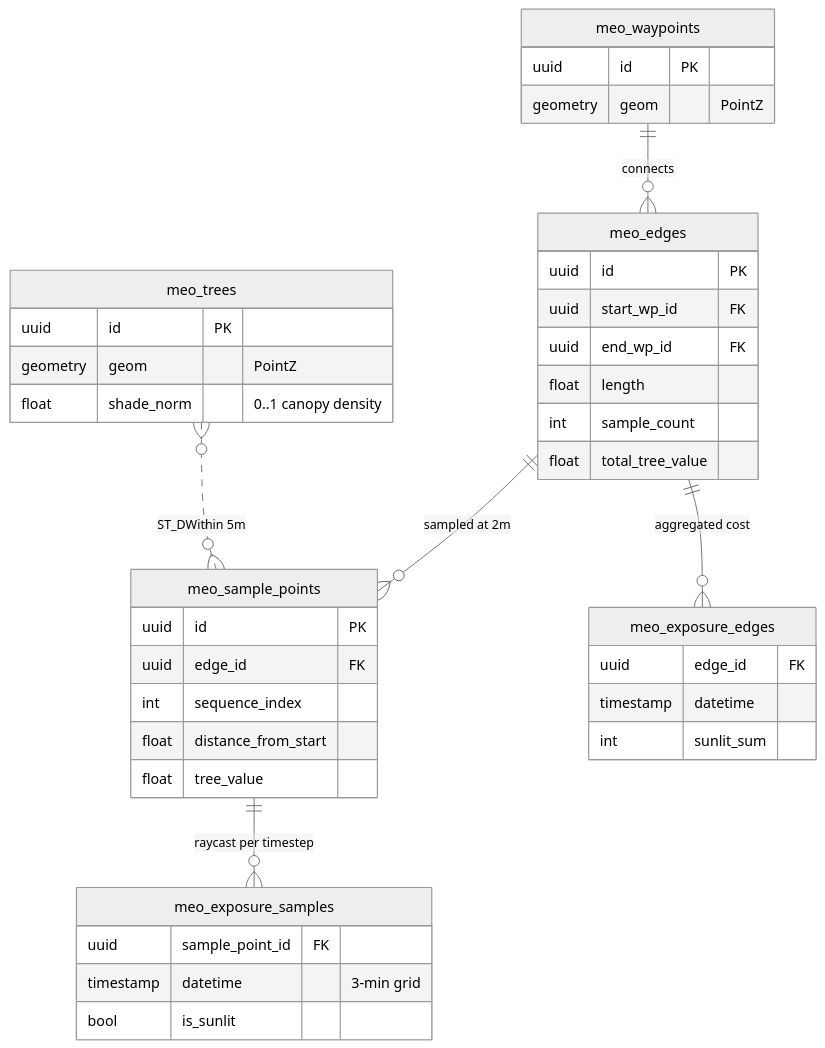
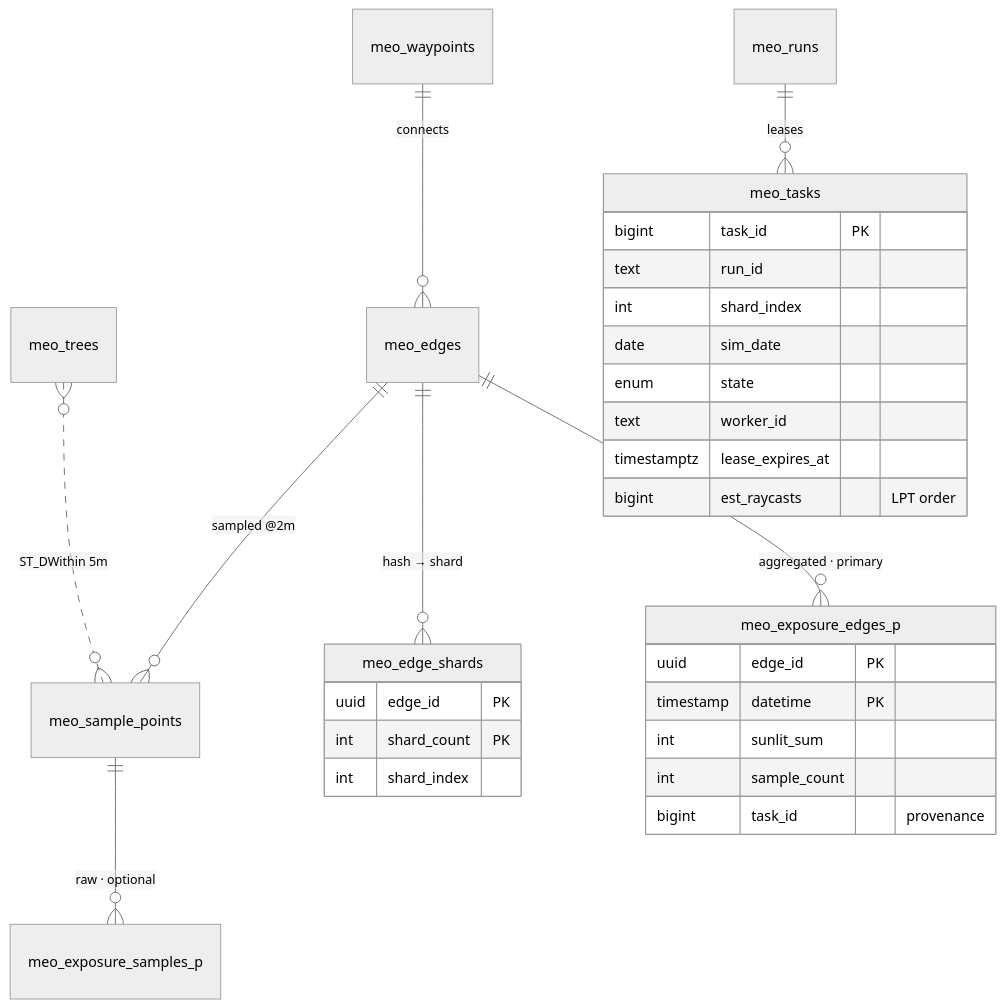
One commit to leo-Zhizhu/SunlightCity------Large-Scale-Simulation-Data-Pipeline changed the fourth of 4 diagrams in README.md. Above: the diagram before and after it, drawn with Mermaid (neutral theme). The commit also changed other lines of this file and 3 other files, not shown here.

First line of the commit message:
docs: ARCHITECTURE / DEPLOYMENT / TUNING + README rewritten for v2

````diff
--- a/README.md
+++ b/README.md
@@ -201,43 +340,33 @@
 ```mermaid
 erDiagram
-    meo_waypoints ||--o{ meo_edges : "connects"
-    meo_edges ||--o{ meo_sample_points : "sampled at 2m"
-    meo_sample_points ||--o{ meo_exposure_samples : "raycast per timestep"
-    meo_edges ||--o{ meo_exposure_edges : "aggregated cost"
+    meo_waypoints ||--o{ meo_edges : connects
+    meo_edges ||--o{ meo_sample_points : "sampled @2m"
+    meo_edges ||--o{ meo_edge_shards : "hash → shard"
+    meo_sample_points ||--o{ meo_exposure_samples_p : "raw · optional"
+    meo_edges ||--o{ meo_exposure_edges_p : "aggregated · primary"
     meo_trees }o..o{ meo_sample_points : "ST_DWithin 5m"
+    meo_runs ||--o{ meo_tasks : "leases"
 
-    meo_waypoints {
-        uuid id PK
-        geometry geom "PointZ"
+    meo_exposure_edges_p {
+        uuid edge_id PK
+        timestamp datetime PK
+        int sunlit_sum
+        int sample_count
+        bigint task_id "provenance"
     }
-    meo_trees {
-        uuid id PK
-        geometry geom "PointZ"
-        float shade_norm "0..1 canopy density"
+    meo_tasks {
+        bigint task_id PK
+        text run_id
+        int shard_index
+        date sim_date
+        enum state
+        text worker_id
+        timestamptz lease_expires_at
+        bigint est_raycasts "LPT order"
     }
-    meo_edges {
-        uuid id PK
-        uuid start_wp_id FK
-        uuid end_wp_id FK
-        float length
-        int sample_count
-        float total_tree_value
-    }
-    meo_sample_points {
-        uuid id PK
-        uuid edge_id FK
-        int sequence_index
-        float distance_from_start
-        float tree_value
-    }
-    meo_exposure_samples {
-        uuid sample_point_id FK
-        timestamp datetime "3-min grid"
-        bool is_sunlit
-    }
-    meo_exposure_edges {
-        uuid edge_id FK
-        timestamp datetime
-        int sunlit_sum
+    meo_edge_shards {
+        uuid edge_id PK
+        int shard_count PK
+        int shard_index
     }
 ```
````
